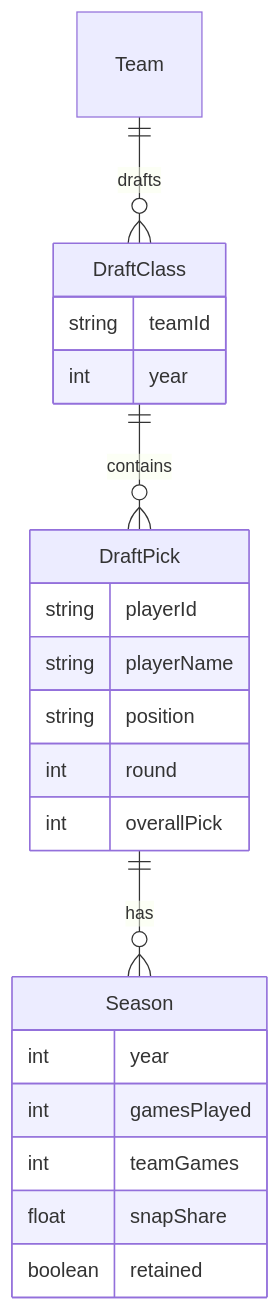
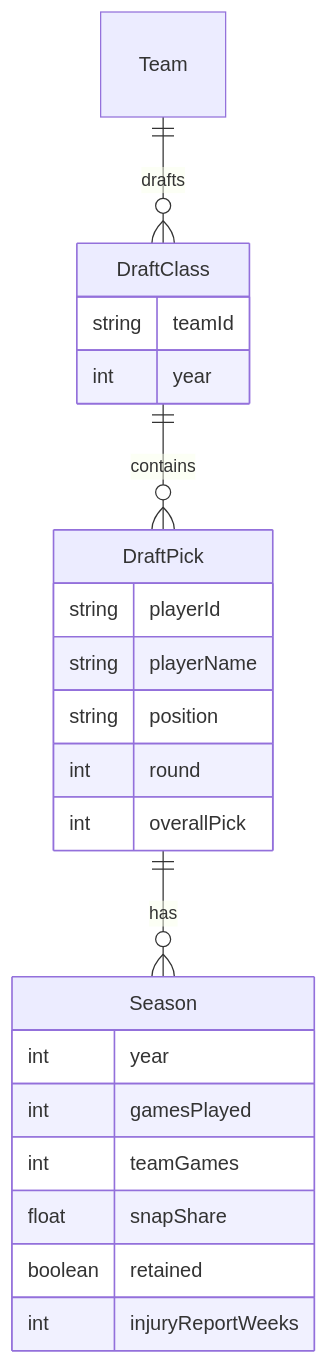
Before and after one commit to ttu/nfl-draft-success: the diagram in docs/datamodel.md, drawn with Mermaid. The commit also changed other lines of this file and 11 other files, not shown here.

````diff
--- a/docs/datamodel.md
+++ b/docs/datamodel.md
@@ -7,27 +7,28 @@
 ```mermaid
 erDiagram
     DraftClass ||--o{ DraftPick : contains
     DraftPick ||--o{ Season : has
     Team ||--o{ DraftClass : drafts
 
     DraftClass {
         string teamId
         int year
     }
 
     DraftPick {
         string playerId
         string playerName
         string position
         int round
         int overallPick
     }
 
     Season {
         int year
         int gamesPlayed
         int teamGames
         float snapShare
         boolean retained
+        int injuryReportWeeks
     }
 ```
````
